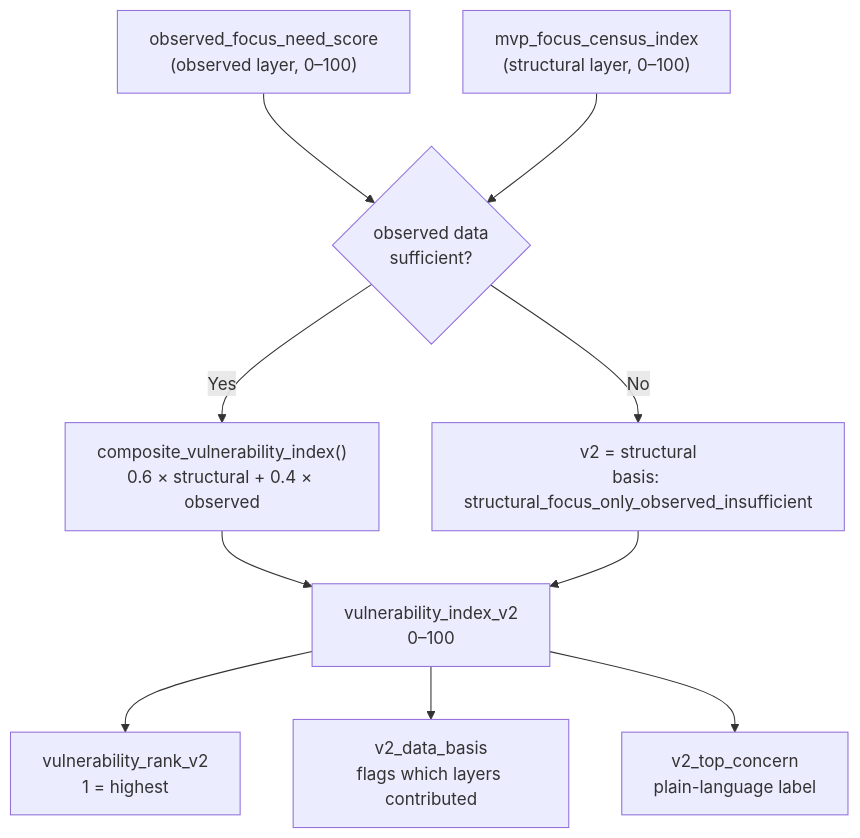
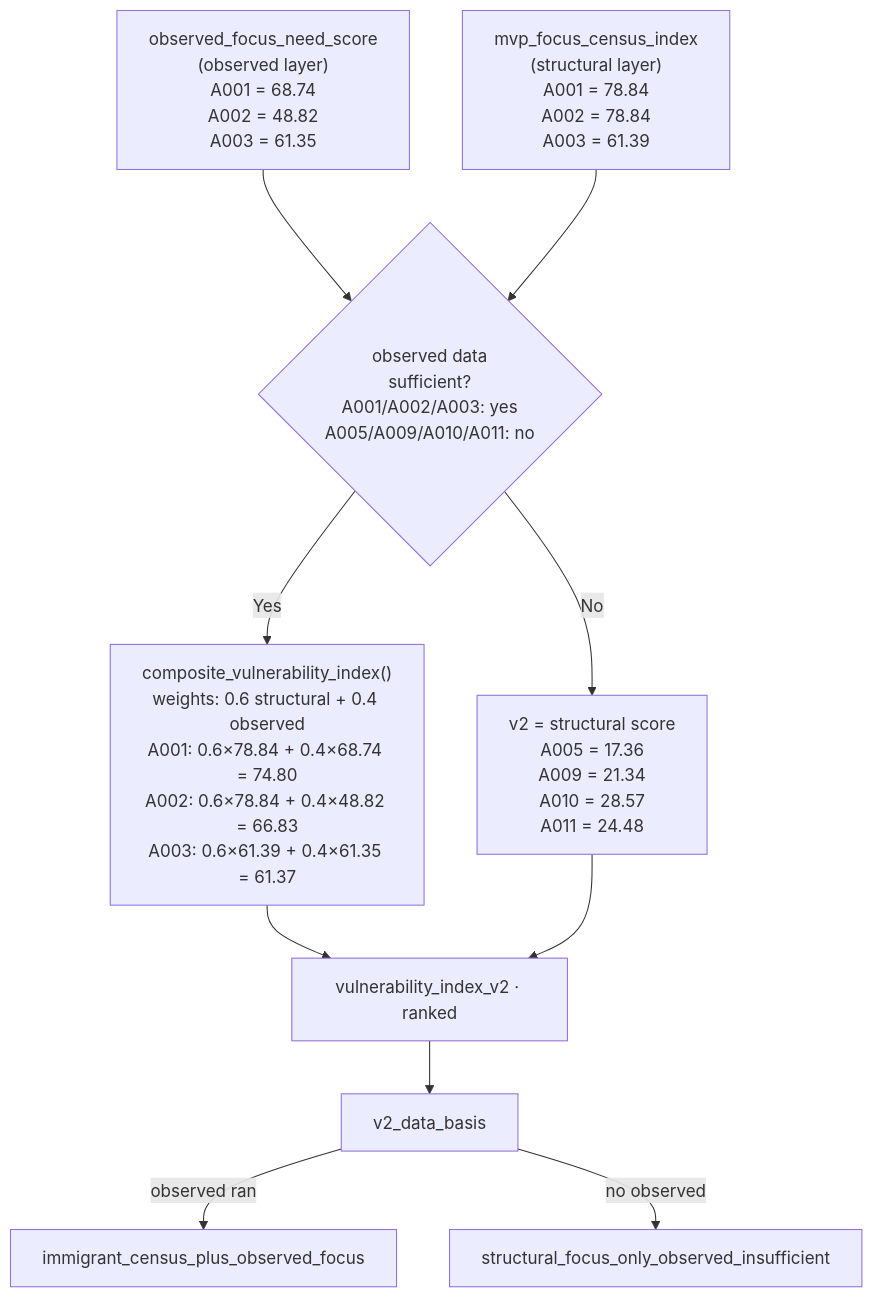
Before and after one commit to frondyff/comm_need_radar: the seventh of 8 diagrams in docs/scoring-metrics-guide.md, drawn with Mermaid. The commit also changed other lines of this file and 5 other files, not shown here.

Commit message:
Add observed needs example data

````diff
--- a/docs/scoring-metrics-guide.md
+++ b/docs/scoring-metrics-guide.md
@@ -277,19 +374,18 @@
 ```mermaid
 flowchart TD
-    STRUCT["mvp_focus_census_index\n(structural layer, 0–100)"]
-    OBS["observed_focus_need_score\n(observed layer, 0–100)"]
+    STRUCT["mvp_focus_census_index\n(structural layer)\nA001 = 78.84\nA002 = 78.84\nA003 = 61.39"]
+    OBS["observed_focus_need_score\n(observed layer)\nA001 = 68.74\nA002 = 48.82\nA003 = 61.35"]
 
-    INSUF{"observed data\nsufficient?"}
+    INSUF{"observed data\nsufficient?\nA001/A002/A003: yes\nA005/A009/A010/A011: no"}
     OBS --> INSUF
     STRUCT --> INSUF
 
-    INSUF -->|"Yes"| COMP["composite_vulnerability_index()\n0.6 × structural + 0.4 × observed"]
-    INSUF -->|"No"| FALL["v2 = structural\nbasis: structural_focus_only_observed_insufficient"]
+    INSUF -->|"Yes"| COMP["composite_vulnerability_index()\nweights: 0.6 structural + 0.4 observed\nA001: 0.6×78.84 + 0.4×68.74 = 74.80\nA002: 0.6×78.84 + 0.4×48.82 = 66.83\nA003: 0.6×61.39 + 0.4×61.35 = 61.37"]
+    INSUF -->|"No"| FALL["v2 = structural score\nA005 = 17.36\nA009 = 21.34\nA010 = 28.57\nA011 = 24.48"]
 
-    COMP --> V2["vulnerability_index_v2\n0–100"]
+    COMP --> V2["vulnerability_index_v2 · ranked"]
     FALL --> V2
-
-    V2 --> RANK["vulnerability_rank_v2\n1 = highest"]
-    V2 --> BASIS2["v2_data_basis\nflags which layers contributed"]
-    V2 --> CONCERN["v2_top_concern\nplain-language label"]
+    V2 --> BASIS["v2_data_basis"]
+    BASIS -->|"observed ran"| B1["immigrant_census_plus_observed_focus"]
+    BASIS -->|"no observed"| B2["structural_focus_only_observed_insufficient"]
 ```
````
